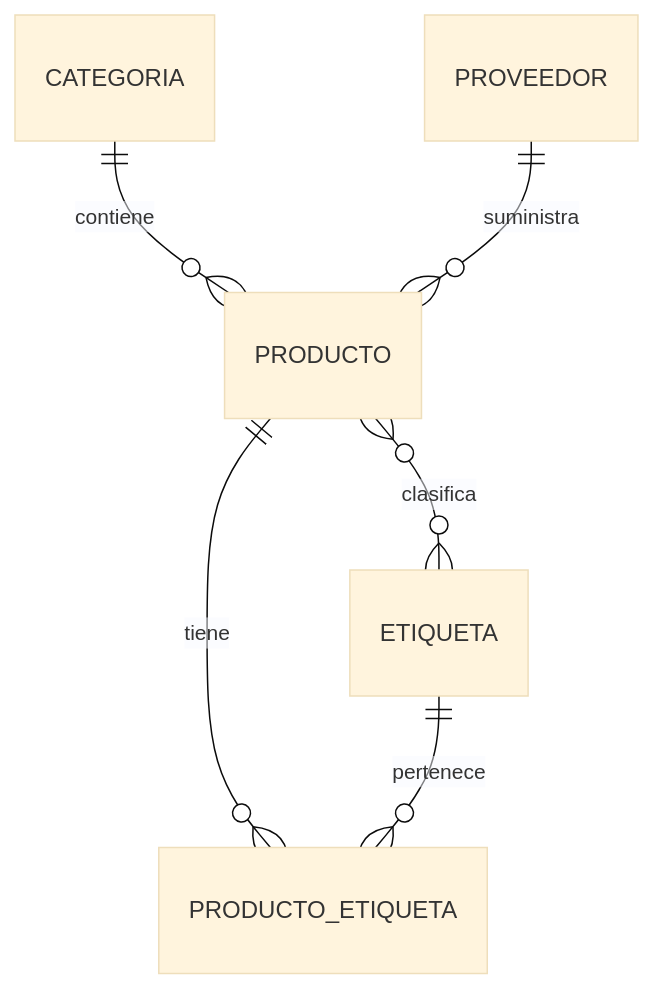
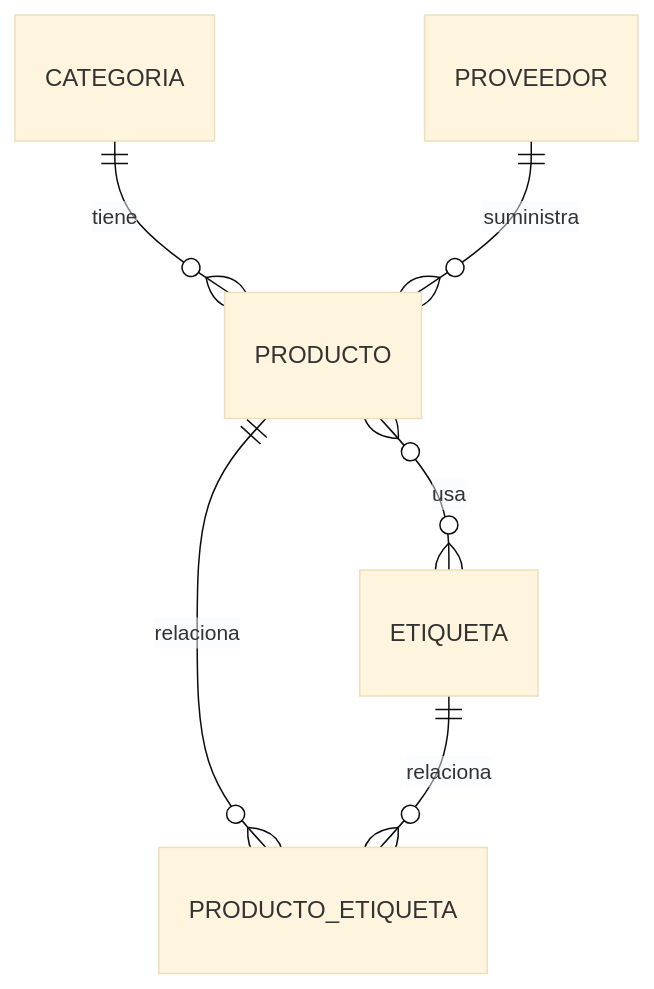
One commit to maurasqq/Gestion-de-Productos changed the diagram in DOCUMENTACION.md. Above: the diagram before and after it, drawn with Mermaid (base theme). The commit also changed other lines of this file, not shown here.

````diff
--- a/DOCUMENTACION.md
+++ b/DOCUMENTACION.md
@@ -302,8 +92,8 @@
 ```mermaid
 erDiagram
-    CATEGORIA ||--o{ PRODUCTO : contiene
+    CATEGORIA ||--o{ PRODUCTO : tiene
     PROVEEDOR ||--o{ PRODUCTO : suministra
-    PRODUCTO }o--o{ ETIQUETA : clasifica
-    PRODUCTO ||--o{ PRODUCTO_ETIQUETA : tiene
-    ETIQUETA ||--o{ PRODUCTO_ETIQUETA : pertenece
+    PRODUCTO }o--o{ ETIQUETA : usa
+    PRODUCTO ||--o{ PRODUCTO_ETIQUETA : relaciona
+    ETIQUETA ||--o{ PRODUCTO_ETIQUETA : relaciona
 ```
````
